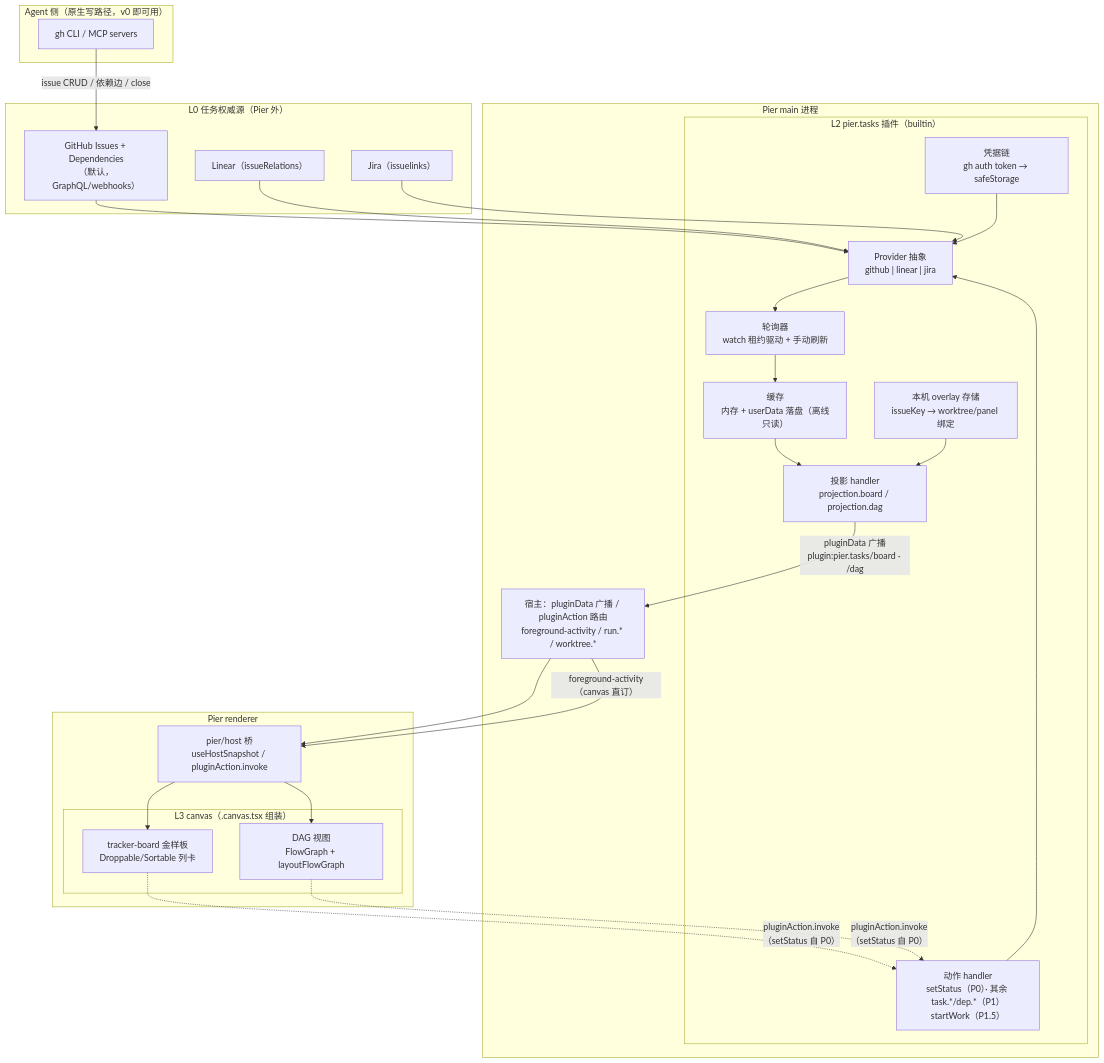
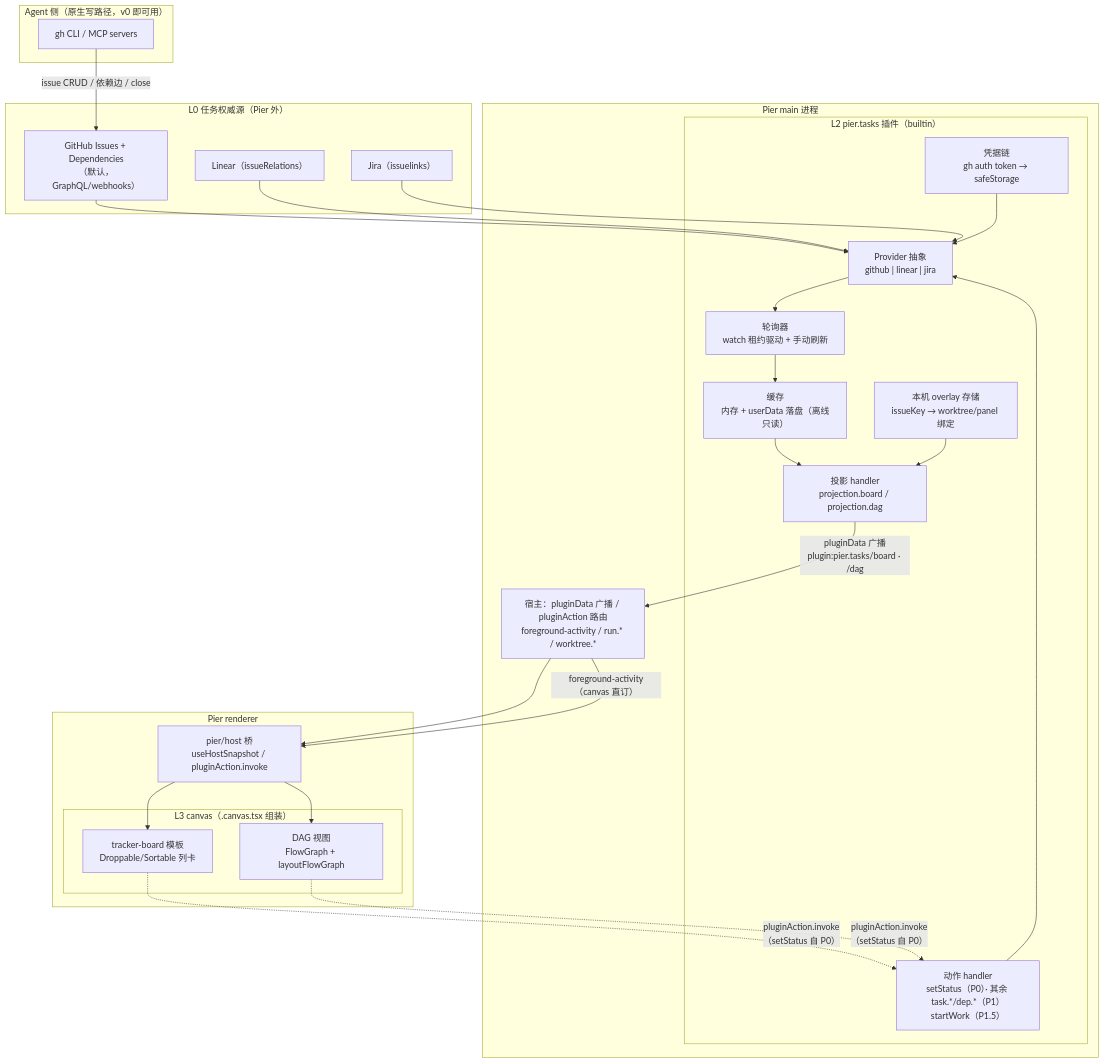
Before and after one commit to runloom/pier: the first of 5 diagrams in docs/superpowers/specs/2026-08-28-canvas-task-management-tracker-adapter-design.md, drawn with Mermaid. The commit also changed other lines of this file and 15 other files, not shown here.

````diff
--- a/docs/superpowers/specs/2026-08-28-canvas-task-management-tracker-adapter-design.md
+++ b/docs/superpowers/specs/2026-08-28-canvas-task-management-tracker-adapter-design.md
@@ -87,42 +87,42 @@
 ```mermaid
 graph TB
   subgraph SoR["L0 任务权威源（Pier 外）"]
     GH["GitHub Issues + Dependencies<br/>（默认，GraphQL/webhooks）"]
     LN["Linear（issueRelations）"]
     JR["Jira（issuelinks）"]
   end
 
   subgraph Agent["Agent 侧（原生写路径，v0 即可用）"]
     CLI["gh CLI / MCP servers"]
   end
 
   subgraph Main["Pier main 进程"]
     subgraph Plugin["L2 pier.tasks 插件（builtin）"]
       CRED["凭据链<br/>gh auth token → safeStorage"]
       PROV["Provider 抽象<br/>github | linear | jira"]
       POLL["轮询器<br/>watch 租约驱动 + 手动刷新"]
       CACHE["缓存<br/>内存 + userData 落盘（离线只读）"]
       PROJ["投影 handler<br/>projection.board / projection.dag"]
       ACT["动作 handler<br/>setStatus（P0）· 其余 task.*/dep.*（P1）<br/>startWork（P1.5）"]
       OVL["本机 overlay 存储<br/>issueKey → worktree/panel 绑定"]
     end
     HOSTSVC["宿主：pluginData 广播 / pluginAction 路由<br/>foreground-activity / run.* / worktree.*"]
   end
 
   subgraph Renderer["Pier renderer"]
     BRIDGE["pier/host 桥<br/>useHostSnapshot / pluginAction.invoke"]
     subgraph Canvas["L3 canvas（.canvas.tsx 组装）"]
-      BOARD["tracker-board 金样板<br/>Droppable/Sortable 列卡"]
+      BOARD["tracker-board 模板<br/>Droppable/Sortable 列卡"]
       DAG["DAG 视图<br/>FlowGraph + layoutFlowGraph"]
     end
   end
 
   GH & LN & JR --> PROV
   CRED --> PROV
   PROV --> POLL --> CACHE --> PROJ
   OVL --> PROJ
   PROJ -->|"pluginData 广播<br/>plugin:pier.tasks/board · /dag"| HOSTSVC --> BRIDGE --> BOARD & DAG
   BOARD & DAG -.->|"pluginAction.invoke<br/>（setStatus 自 P0）"| ACT --> PROV
   CLI -->|"issue CRUD / 依赖边 / close"| GH
   HOSTSVC -->|"foreground-activity（canvas 直订）"| BRIDGE
 ```
````
